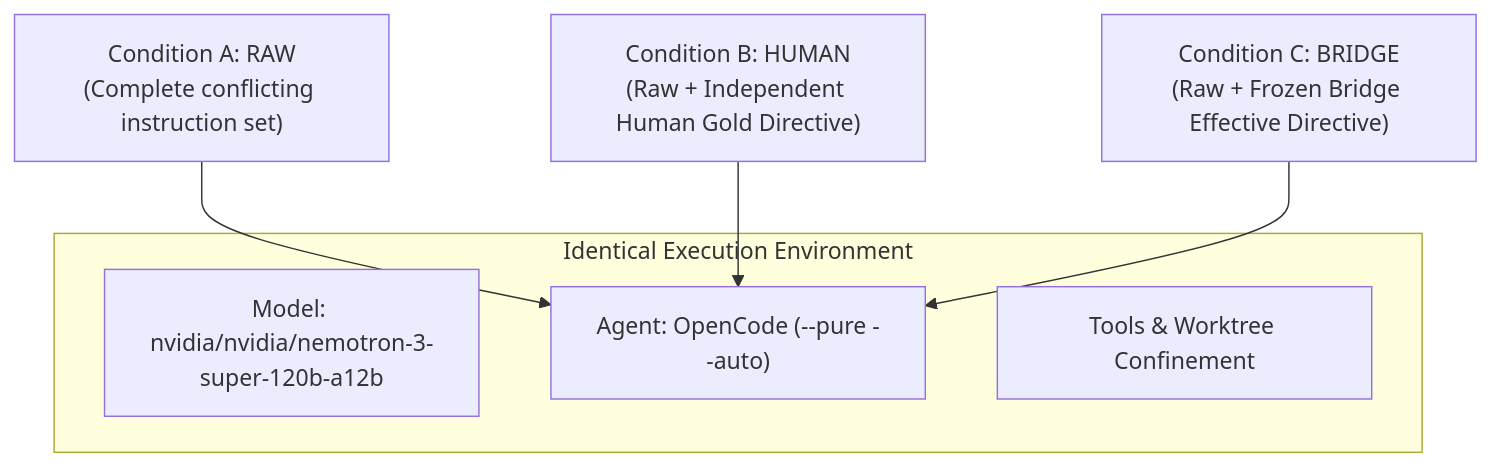
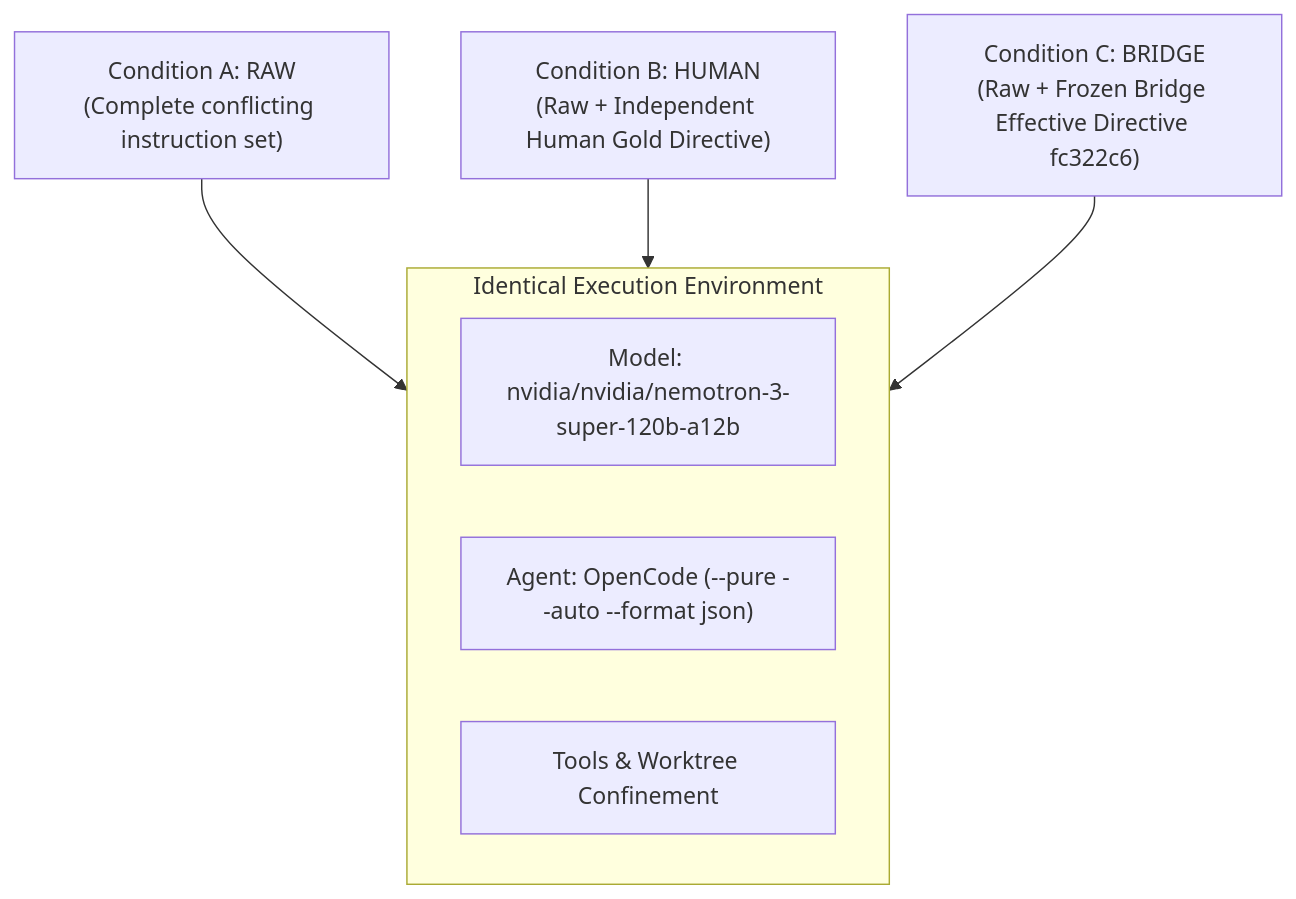
One commit to aryankori/bridge changed the diagram in research/experiments/exp-005/methodology.md. Above: the diagram before and after it, drawn with Mermaid. The commit also changed other lines of this file and 9 other files, not shown here.

````diff
--- a/research/experiments/exp-005/methodology.md
+++ b/research/experiments/exp-005/methodology.md
@@ -19,12 +21,12 @@
 ```mermaid
 flowchart TD
     subgraph Env["Identical Execution Environment"]
         M["Model: nvidia/nvidia/nemotron-3-super-120b-a12b"]
-        A["Agent: OpenCode (--pure --auto)"]
+        A["Agent: OpenCode (--pure --auto --format json)"]
         T["Tools & Worktree Confinement"]
     end
 
-    C_A["Condition A: RAW\n(Complete conflicting instruction set)"] --> A
-    C_B["Condition B: HUMAN\n(Raw + Independent Human Gold Directive)"] --> A
-    C_C["Condition C: BRIDGE\n(Raw + Frozen Bridge Effective Directive)"] --> A
+    C_A["Condition A: RAW\n(Complete conflicting instruction set)"] --> Env
+    C_B["Condition B: HUMAN\n(Raw + Independent Human Gold Directive)"] --> Env
+    C_C["Condition C: BRIDGE\n(Raw + Frozen Bridge Effective Directive fc322c6)"] --> Env
 ```
````
